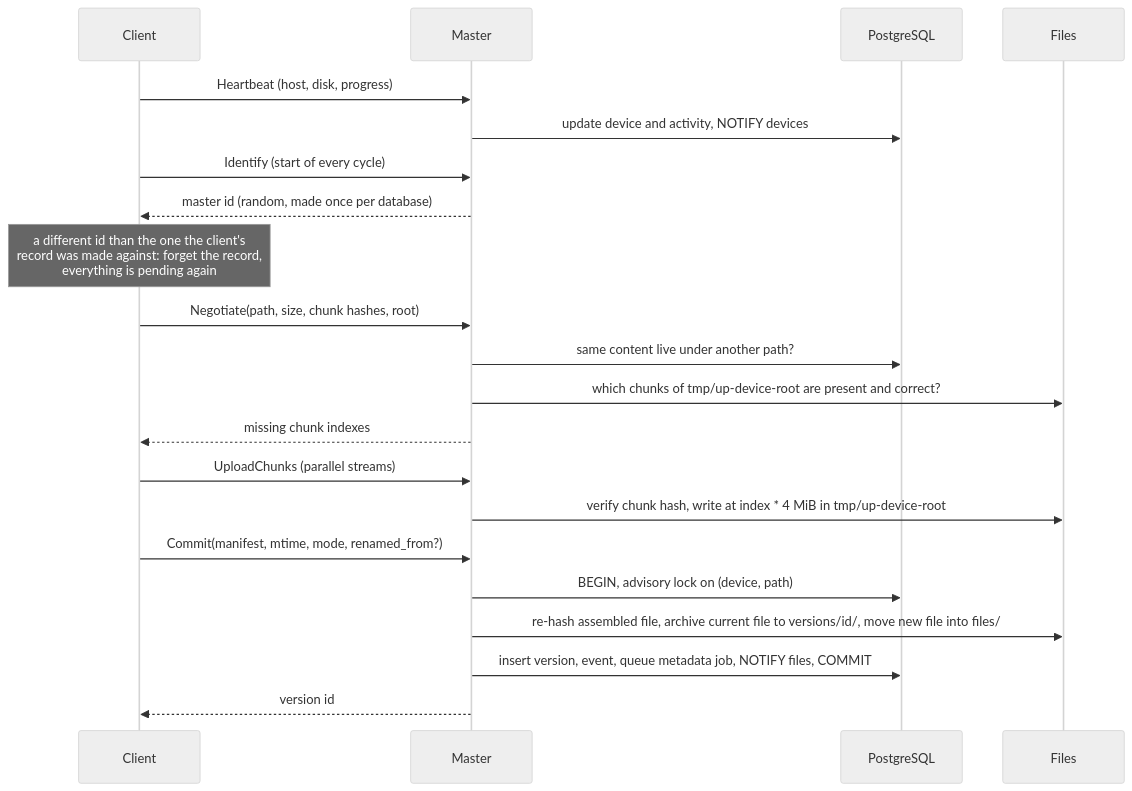
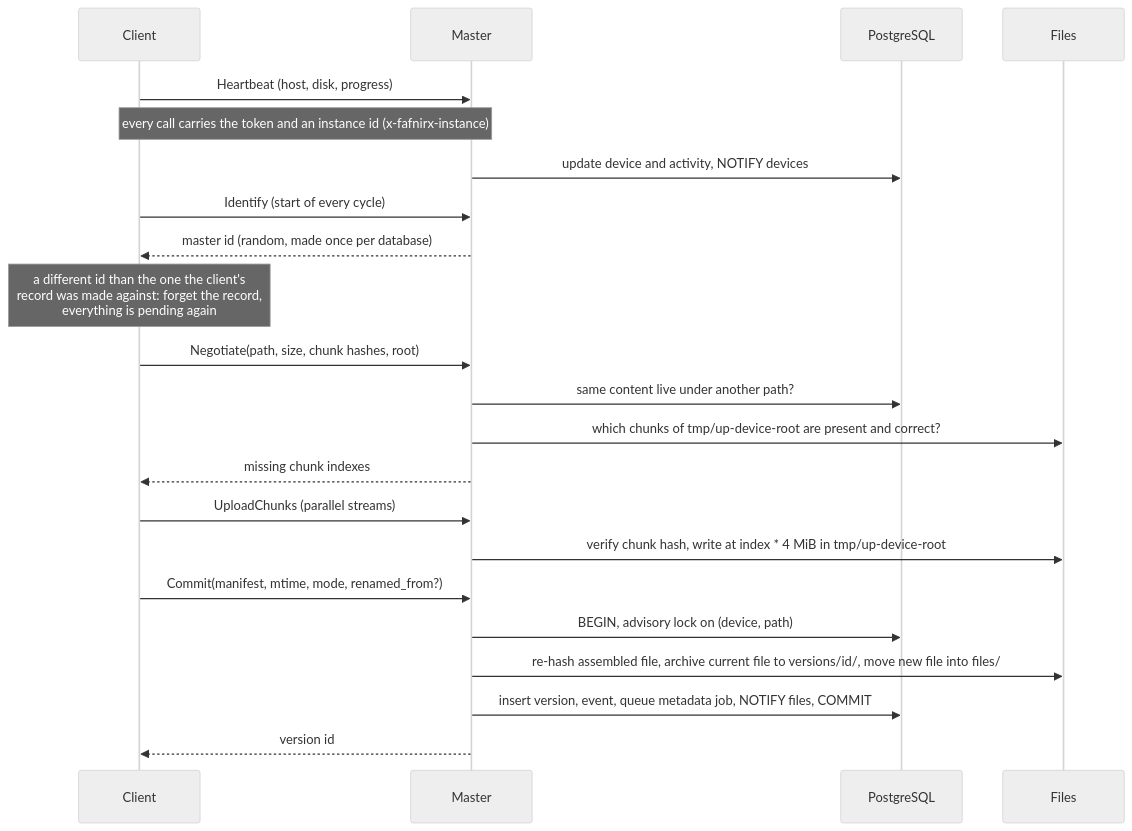
Before and after one commit to jameelhamdan/fafnirx: the second of 3 diagrams in docs/architecture.md, drawn with Mermaid (neutral theme). The commit also changed other lines of this file and 154 other files, not shown here.

````diff
--- a/docs/architecture.md
+++ b/docs/architecture.md
@@ -65,23 +78,24 @@
 ```mermaid
 sequenceDiagram
     participant C as Client
     participant M as Master
     participant DB as PostgreSQL
     participant FS as Files
     C->>M: Heartbeat (host, disk, progress)
+    Note over C,M: every call carries the token and an instance id (x-fafnirx-instance)
     M->>DB: update device and activity, NOTIFY devices
     C->>M: Identify (start of every cycle)
     M-->>C: master id (random, made once per database)
     Note over C: a different id than the one the client's<br/>record was made against: forget the record,<br/>everything is pending again
     C->>M: Negotiate(path, size, chunk hashes, root)
     M->>DB: same content live under another path?
     M->>FS: which chunks of tmp/up-device-root are present and correct?
     M-->>C: missing chunk indexes
     C->>M: UploadChunks (parallel streams)
     M->>FS: verify chunk hash, write at index * 4 MiB in tmp/up-device-root
     C->>M: Commit(manifest, mtime, mode, renamed_from?)
     M->>DB: BEGIN, advisory lock on (device, path)
     M->>FS: re-hash assembled file, archive current file to versions/id/, move new file into files/
     M->>DB: insert version, event, queue metadata job, NOTIFY files, COMMIT
     M-->>C: version id
 ```
````
